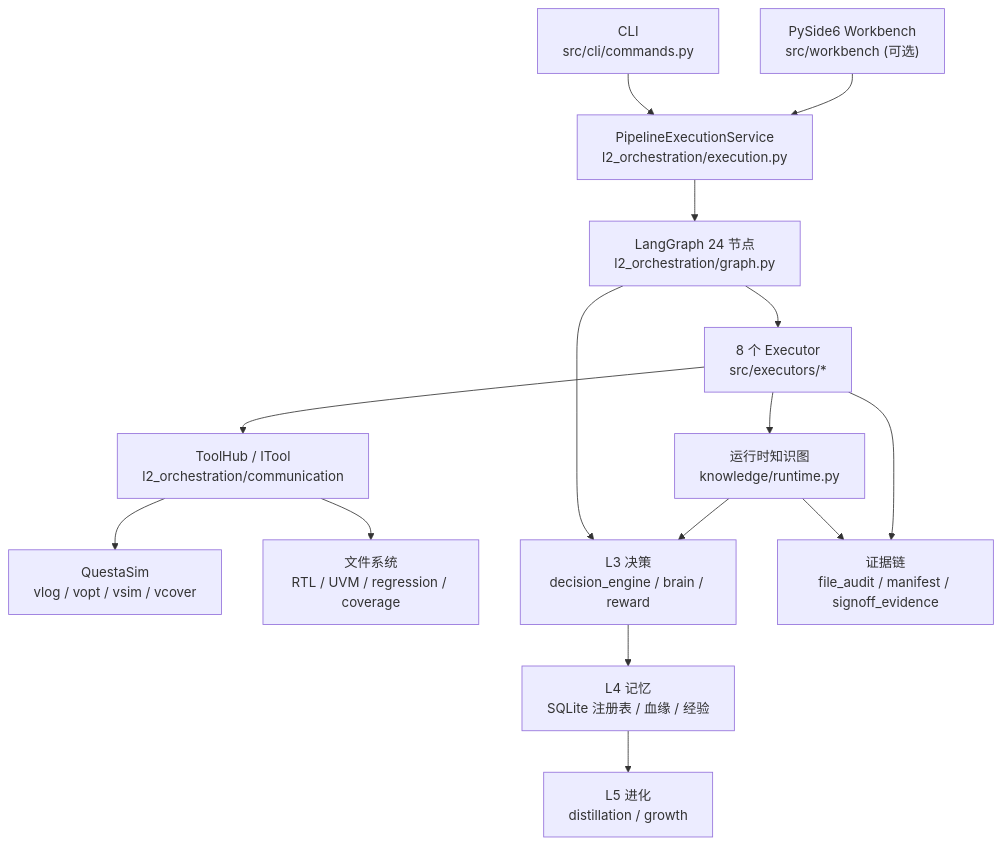
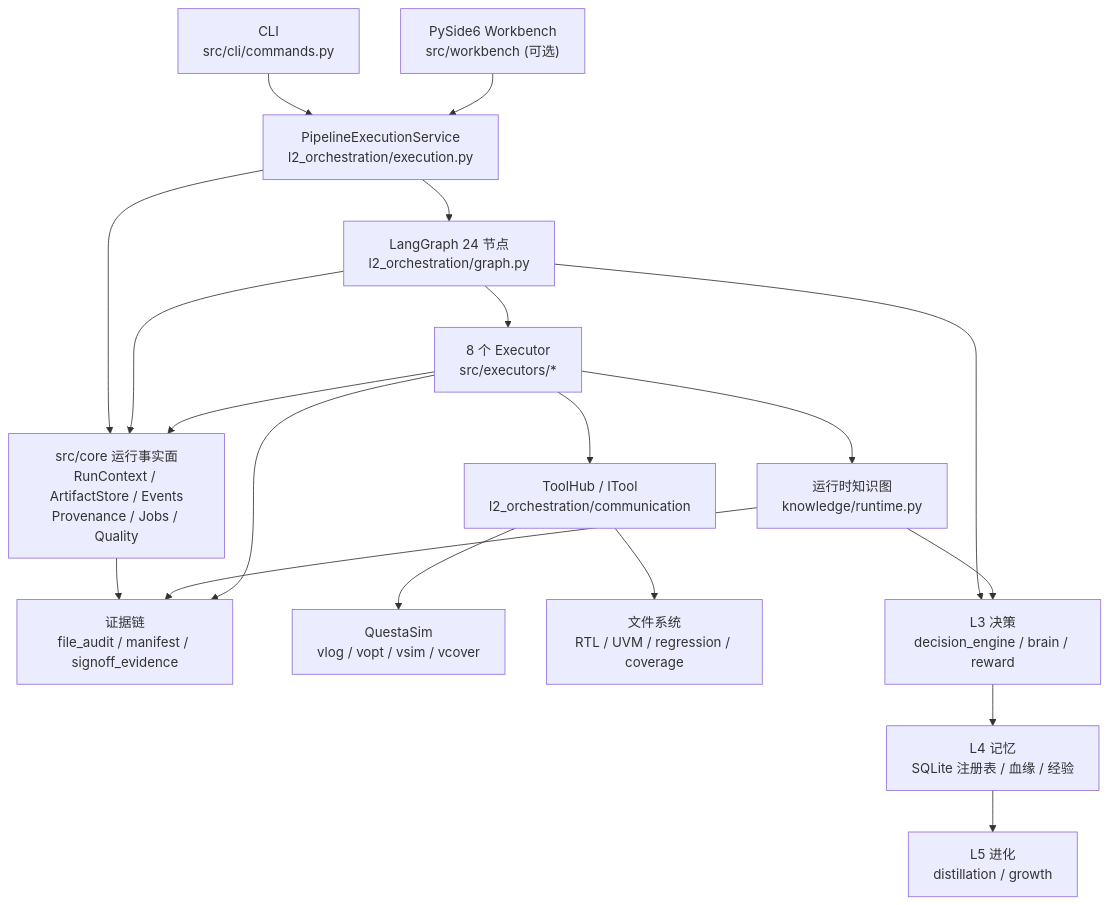
One commit to jiangqingliu88/langchaingraph_cdv changed the diagram in ARCHITECTURE.md. Above: the diagram before and after it, drawn with Mermaid. The commit also changed other lines of this file and 43 other files, not shown here.

First line of the commit message:
feat(core): Architecture 2.0 运行事实面

````diff
--- a/ARCHITECTURE.md
+++ b/ARCHITECTURE.md
@@ -42,18 +56,22 @@
 ```mermaid
 flowchart TB
     CLI["CLI<br/>src/cli/commands.py"] --> SVC["PipelineExecutionService<br/>l2_orchestration/execution.py"]
     GUI["PySide6 Workbench<br/>src/workbench (可选)"] --> SVC
 
     SVC --> GRAPH["LangGraph 24 节点<br/>l2_orchestration/graph.py"]
+    SVC --> CORE["src/core 运行事实面<br/>RunContext / ArtifactStore / Events<br/>Provenance / Jobs / Quality"]
+    GRAPH --> CORE
+    EXEC --> CORE
+    CORE --> EVID
     GRAPH --> EXEC["8 个 Executor<br/>src/executors/*"]
     EXEC --> TOOLS["ToolHub / ITool<br/>l2_orchestration/communication"]
     TOOLS --> EDA["QuestaSim<br/>vlog / vopt / vsim / vcover"]
     TOOLS --> FS["文件系统<br/>RTL / UVM / regression / coverage"]
     GRAPH --> DEC["L3 决策<br/>decision_engine / brain / reward"]
     EXEC --> KG["运行时知识图<br/>knowledge/runtime.py"]
     KG --> DEC
     KG --> EVID
     DEC --> MEM["L4 记忆<br/>SQLite 注册表 / 血缘 / 经验"]
     MEM --> EVO["L5 进化<br/>distillation / growth"]
     EXEC --> EVID["证据链<br/>file_audit / manifest / signoff_evidence"]
 ```
````
